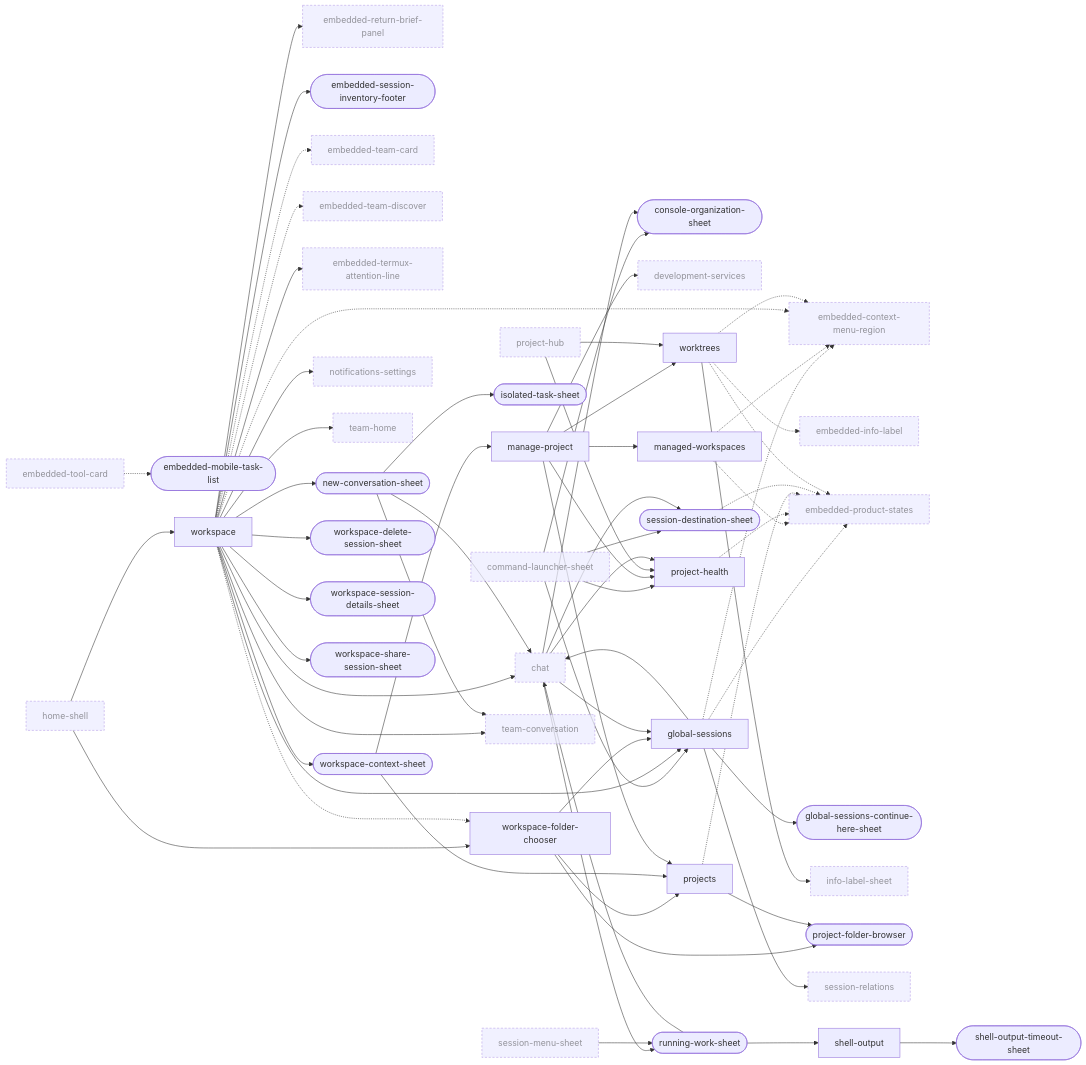
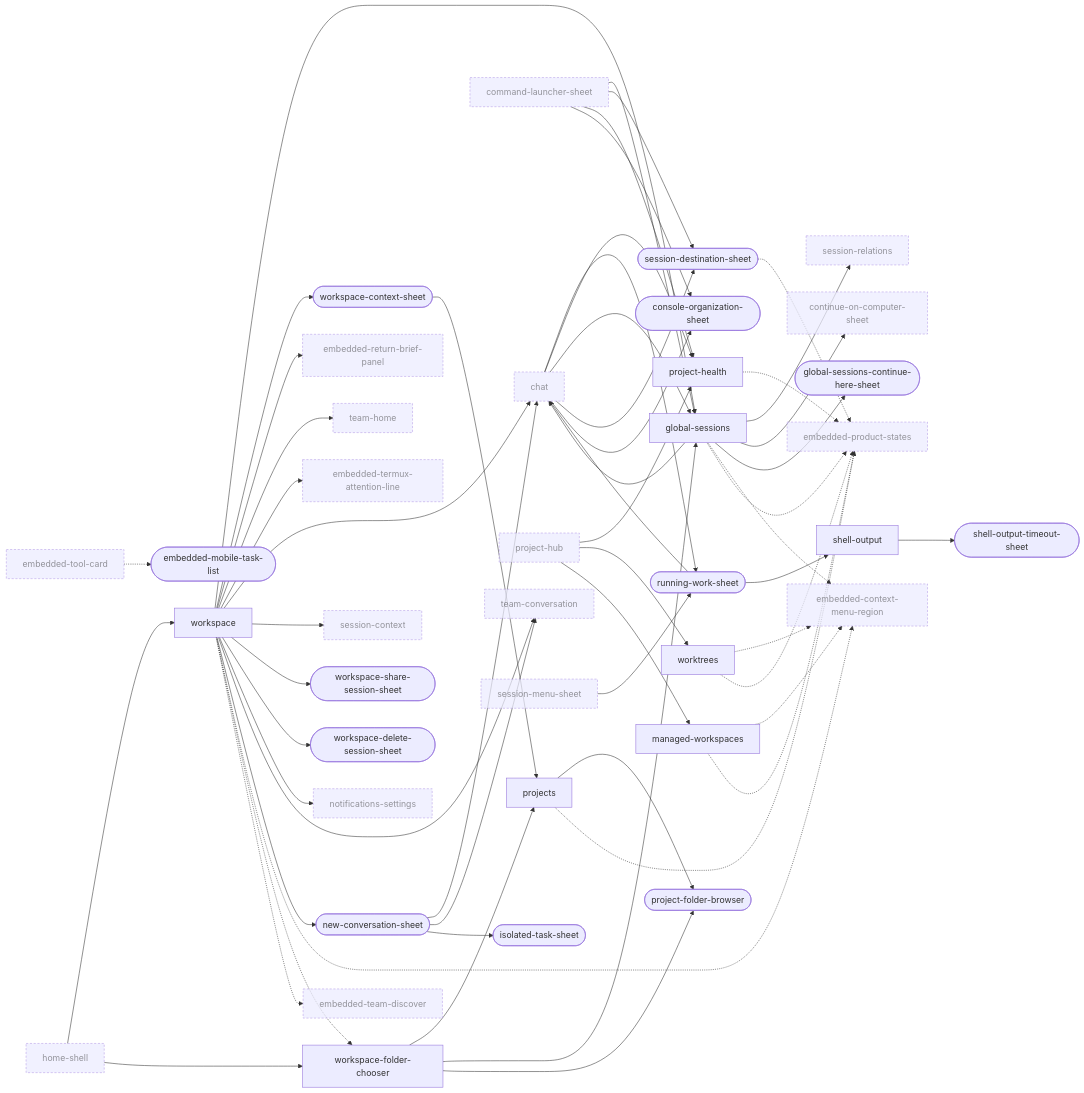
Before and after one commit to Breskott/opencode-mobile-next: the third of 10 diagrams in docs/design/ui-ledger/navigation.md, drawn with Mermaid. The commit also changed other lines of this file and 78 other files, not shown here.

````diff
--- a/docs/design/ui-ledger/navigation.md
+++ b/docs/design/ui-ledger/navigation.md
@@ -478,23 +479,18 @@
   chat["chat"]:::ext
   command_launcher_sheet["command-launcher-sheet"]:::ext
   console_organization_sheet(["console-organization-sheet"])
-  development_services["development-services"]:::ext
+  continue_on_computer_sheet["continue-on-computer-sheet"]:::ext
   embedded_context_menu_region["embedded-context-menu-region"]:::ext
-  embedded_info_label["embedded-info-label"]:::ext
   embedded_mobile_task_list(["embedded-mobile-task-list"])
   embedded_product_states["embedded-product-states"]:::ext
   embedded_return_brief_panel["embedded-return-brief-panel"]:::ext
-  embedded_session_inventory_footer(["embedded-session-inventory-footer"])
-  embedded_team_card["embedded-team-card"]:::ext
   embedded_team_discover["embedded-team-discover"]:::ext
   embedded_termux_attention_line["embedded-termux-attention-line"]:::ext
   embedded_tool_card["embedded-tool-card"]:::ext
   global_sessions["global-sessions"]
   global_sessions_continue_here_sheet(["global-sessions-continue-here-sheet"])
   home_shell["home-shell"]:::ext
-  info_label_sheet["info-label-sheet"]:::ext
   isolated_task_sheet(["isolated-task-sheet"])
-  manage_project["manage-project"]
   managed_workspaces["managed-workspaces"]
   new_conversation_sheet(["new-conversation-sheet"])
   notifications_settings["notifications-settings"]:::ext
@@ -503,6 +499,7 @@
   project_hub["project-hub"]:::ext
   projects["projects"]
   running_work_sheet(["running-work-sheet"])
+  session_context["session-context"]:::ext
   session_destination_sheet(["session-destination-sheet"])
   session_menu_sheet["session-menu-sheet"]:::ext
   session_relations["session-relations"]:::ext
@@ -514,7 +511,6 @@
   workspace_context_sheet(["workspace-context-sheet"])
   workspace_delete_session_sheet(["workspace-delete-session-sheet"])
   workspace_folder_chooser["workspace-folder-chooser"]
-  workspace_session_details_sheet(["workspace-session-details-sheet"])
   workspace_share_session_sheet(["workspace-share-session-sheet"])
   worktrees["worktrees"]
   home_shell --> workspace
@@ -530,25 +526,18 @@
   workspace --> team_home
   workspace --> embedded_termux_attention_line
   workspace --> chat
-  workspace --> workspace_session_details_sheet
+  workspace --> session_context
   workspace --> workspace_share_session_sheet
   workspace --> workspace_delete_session_sheet
   workspace --> notifications_settings
-  workspace --> embedded_session_inventory_footer
   workspace --> team_conversation
   workspace --> new_conversation_sheet
   workspace_folder_chooser --> projects
   workspace_folder_chooser --> global_sessions
   workspace_context_sheet --> projects
-  workspace_context_sheet --> manage_project
-  manage_project --> development_services
-  manage_project --> projects
-  manage_project --> worktrees
-  manage_project --> managed_workspaces
-  manage_project --> project_health
-  worktrees --> info_label_sheet
   global_sessions --> chat
   global_sessions --> session_relations
+  global_sessions --> continue_on_computer_sheet
   global_sessions --> global_sessions_continue_here_sheet
   running_work_sheet --> chat
   running_work_sheet --> shell_output
@@ -558,6 +547,7 @@
   new_conversation_sheet --> isolated_task_sheet
   project_hub --> project_health
   project_hub --> worktrees
+  project_hub --> managed_workspaces
   home_shell --> workspace_folder_chooser
   workspace_folder_chooser --> project_folder_browser
   projects --> project_folder_browser
@@ -577,8 +567,6 @@
   chat --> session_destination_sheet
   chat --> console_organization_sheet
   embedded_tool_card -.-> embedded_mobile_task_list
-  workspace -.-> embedded_team_card
   workspace -.-> embedded_team_discover
-  worktrees -.-> embedded_info_label
   classDef ext stroke-dasharray: 4 3,opacity:0.7
 ```
````
